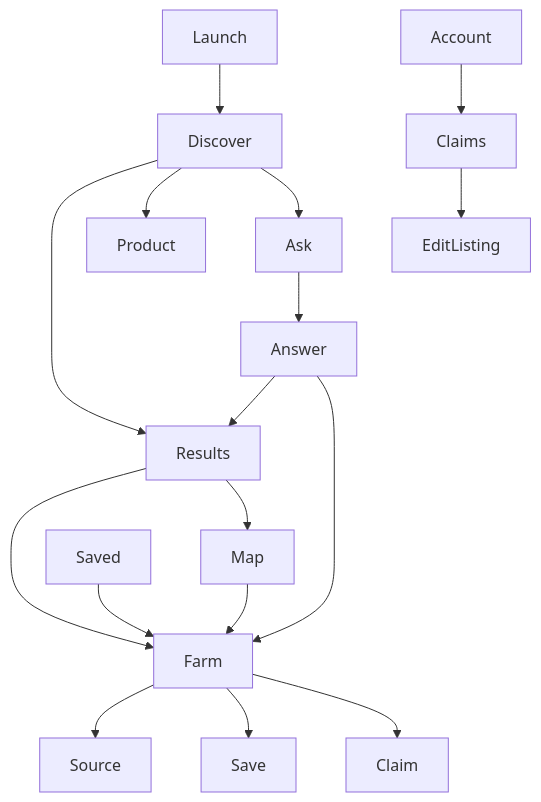
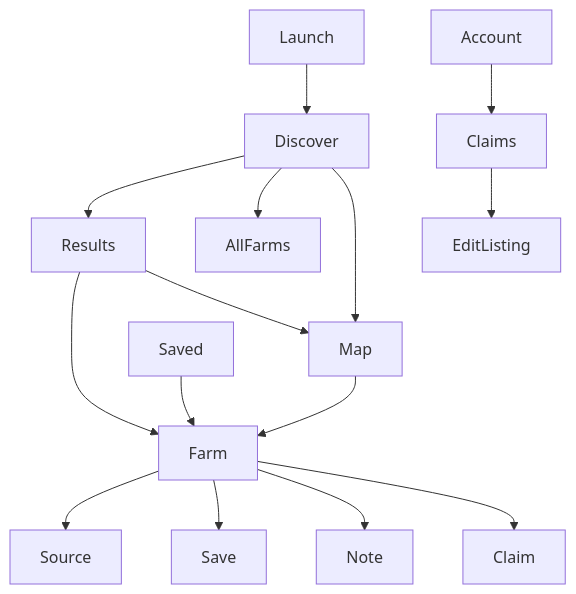
The second of 2 diagrams in 03-app/site/docs/mobile/mobile-architecture-and-wireframes.md (WBHankins93/farm-finder), drawn with Mermaid before and after one commit. The commit also changed other lines of this file and 1 other file, not shown here.

````diff
--- a/03-app/site/docs/mobile/mobile-architecture-and-wireframes.md
+++ b/03-app/site/docs/mobile/mobile-architecture-and-wireframes.md
@@ -75,19 +75,17 @@
 ```mermaid
 flowchart TD
     Launch --> Discover
     Discover --> Results
-    Discover --> Product
-    Discover --> Ask
+    Discover --> AllFarms
+    Discover --> Map
     Results --> Farm
     Results --> Map
     Map --> Farm
-    Ask --> Answer
-    Answer --> Results
-    Answer --> Farm
     Farm --> Source
     Farm --> Save
+    Farm --> Note
     Farm --> Claim
     Saved --> Farm
     Account --> Claims
     Claims --> EditListing
 ```
````
